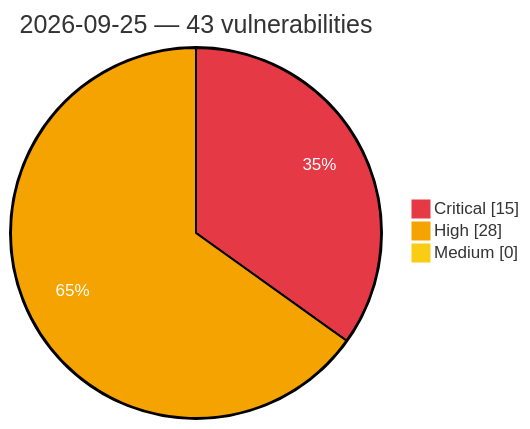
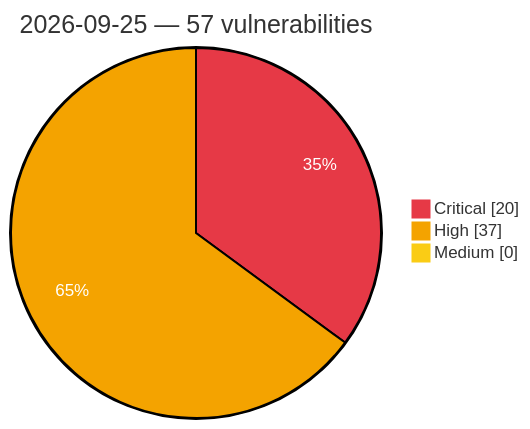
The diagram in vulnerabilities/2026/September/2026-09-25.md (GhostX0X/vuln-tracker), drawn with Mermaid before and after one commit. The commit also changed other lines of this file and 5 other files, not shown here.

Commit message:
Auto update: critical/high vulns (2026-09-25 23:04 UTC)

````diff
--- a/vulnerabilities/2026/September/2026-09-25.md
+++ b/vulnerabilities/2026/September/2026-09-25.md
@@ -3,8 +3,8 @@
 ```mermaid
 %%{init: {'theme':'base', 'themeVariables': {'pie1':'#e63946', 'pie2':'#f4a300', 'pie3':'#facc15', 'pieOpacity':'1', 'pieOuterStrokeWidth':'2px', 'pieSectionTextColor':'#ffffff'}}}%%
 pie showData
-    title 2026-09-25 — 43 vulnerabilities
-    "Critical" : 15
-    "High" : 28
+    title 2026-09-25 — 57 vulnerabilities
+    "Critical" : 20
+    "High" : 37
     "Medium" : 0
 ```
````
